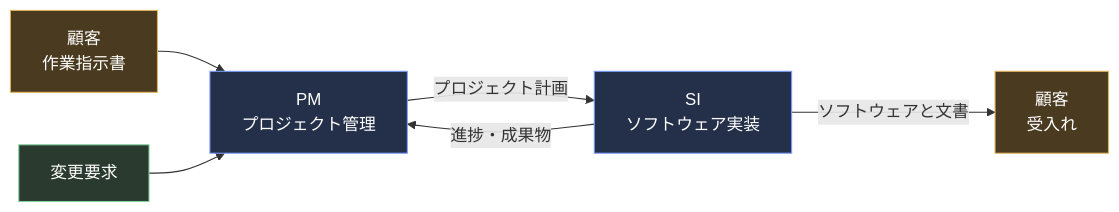
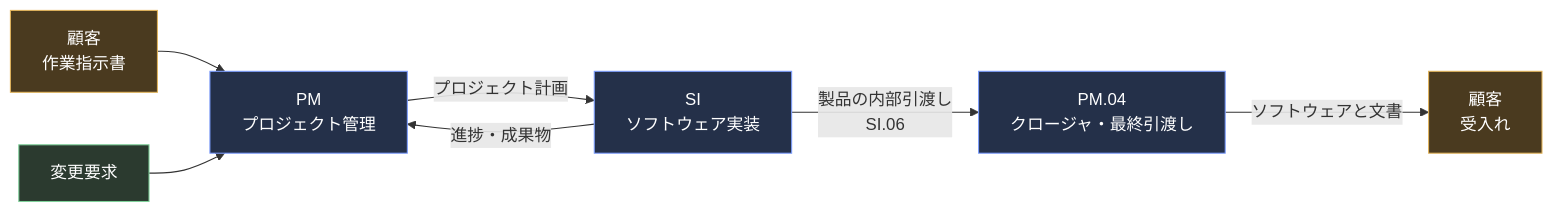
One commit to myoshi2891/Quality-Assurance-Studies changed the sixth of 13 diagrams in Iso-iec-29110-5-1-2-2025-beginner-guide.md. Above: the diagram before and after it, drawn with Mermaid. The commit also changed other lines of this file and 3 other files, not shown here.

````diff
--- a/Iso-iec-29110-5-1-2-2025-beginner-guide.md
+++ b/Iso-iec-29110-5-1-2-2025-beginner-guide.md
@@ -274,14 +274,15 @@
 ```mermaid
 flowchart LR
     RL1["顧客<br/>作業指示書"] --> RL2["PM<br/>プロジェクト管理"]
     RL2 -->|"プロジェクト計画"| RL3["SI<br/>ソフトウェア実装"]
     RL3 -->|"進捗・成果物"| RL2
-    RL3 -->|"ソフトウェアと文書"| RL4["顧客<br/>受入れ"]
+    RL3 -->|"製品の内部引渡し<br/>SI.06"| RL6["PM.04<br/>クロージャ・最終引渡し"]
+    RL6 -->|"ソフトウェアと文書"| RL4["顧客<br/>受入れ"]
     RL5["変更要求"] --> RL2
     classDef cust fill:#4a3a1f,stroke:#e2b45a,color:#ffffff
     classDef proc fill:#243049,stroke:#7c9eff,color:#ffffff
     classDef ev fill:#2b3a2f,stroke:#7fd19a,color:#ffffff
     class RL1,RL4 cust
-    class RL2,RL3 proc
+    class RL2,RL3,RL6 proc
     class RL5 ev
 ```
````
